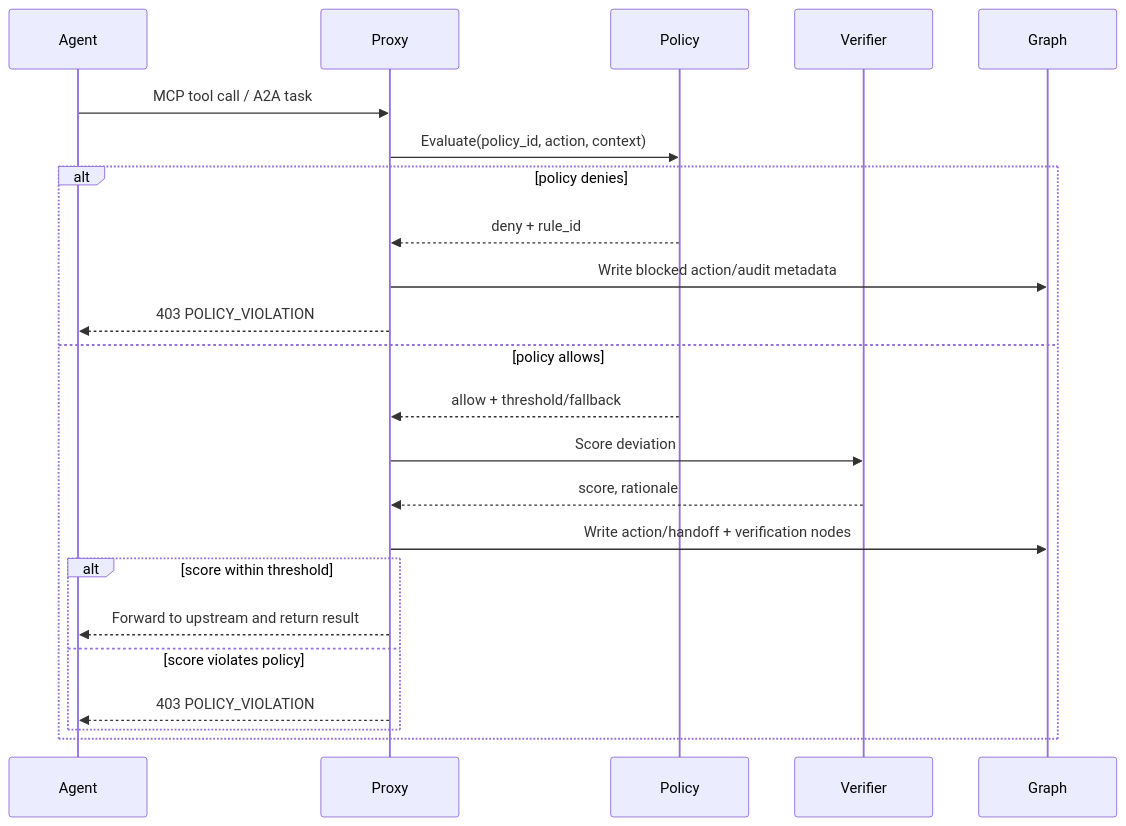
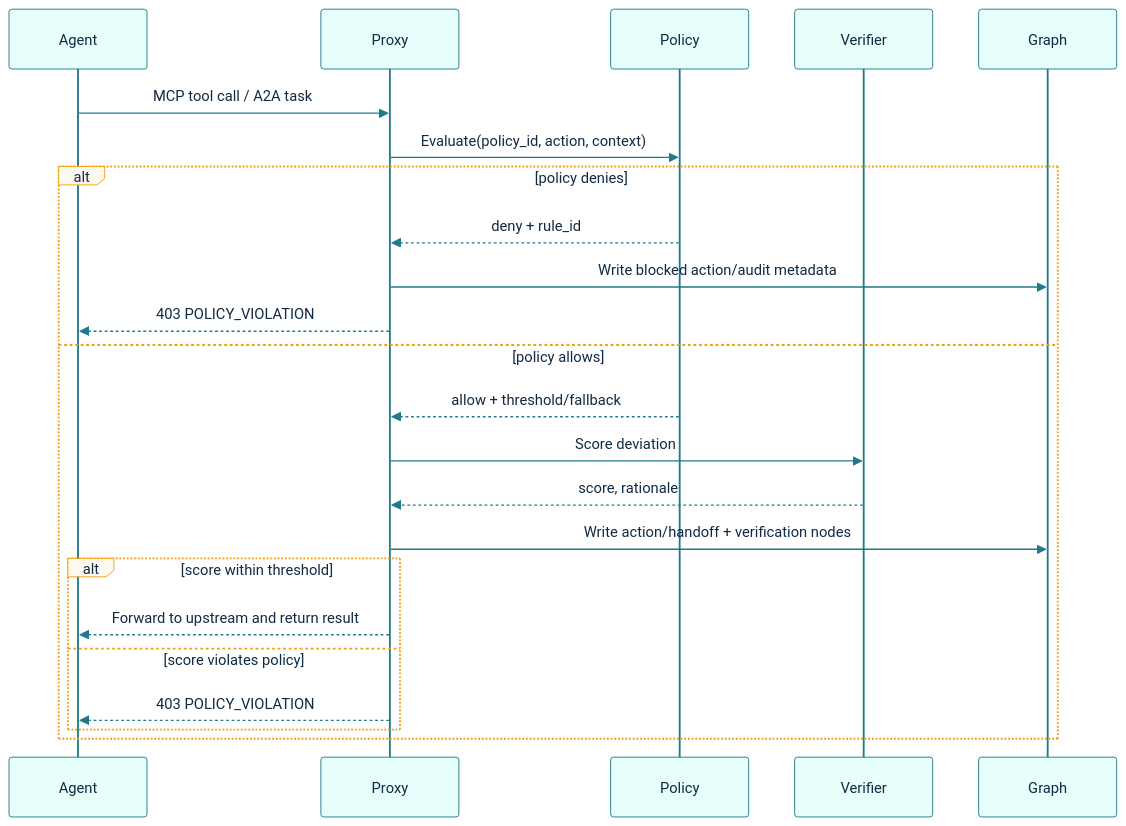
Before and after one commit to yagna-1/astragraph: the second of 2 diagrams in README.md, drawn with Mermaid. The commit also changed other lines of this file, not shown here.

Commit message:
docs: add visual README styling and themed diagrams

````diff
--- a/README.md
+++ b/README.md
@@ -30,26 +52,39 @@
 ```mermaid
+%%{init: {'theme':'base','themeVariables':{
+'primaryColor':'#f7fafc',
+'primaryTextColor':'#102a43',
+'primaryBorderColor':'#2d3748',
+'actorBorder':'#1f7a8c',
+'actorBkg':'#e6fffa',
+'actorTextColor':'#102a43',
+'signalColor':'#1f7a8c',
+'signalTextColor':'#102a43',
+'labelBoxBkgColor':'#fffaf0',
+'labelBoxBorderColor':'#f59e0b',
+'labelTextColor':'#102a43'
+}}}%%
 sequenceDiagram
     participant A as Agent
     participant P as Proxy
     participant S as Policy
     participant V as Verifier
     participant G as Graph
 
     A->>P: MCP tool call / A2A task
     P->>S: Evaluate(policy_id, action, context)
     alt policy denies
       S-->>P: deny + rule_id
       P->>G: Write blocked action/audit metadata
       P-->>A: 403 POLICY_VIOLATION
     else policy allows
       S-->>P: allow + threshold/fallback
       P->>V: Score deviation
       V-->>P: score, rationale
       P->>G: Write action/handoff + verification nodes
       alt score within threshold
         P-->>A: Forward to upstream and return result
       else score violates policy
         P-->>A: 403 POLICY_VIOLATION
       end
     end
 ```
````
